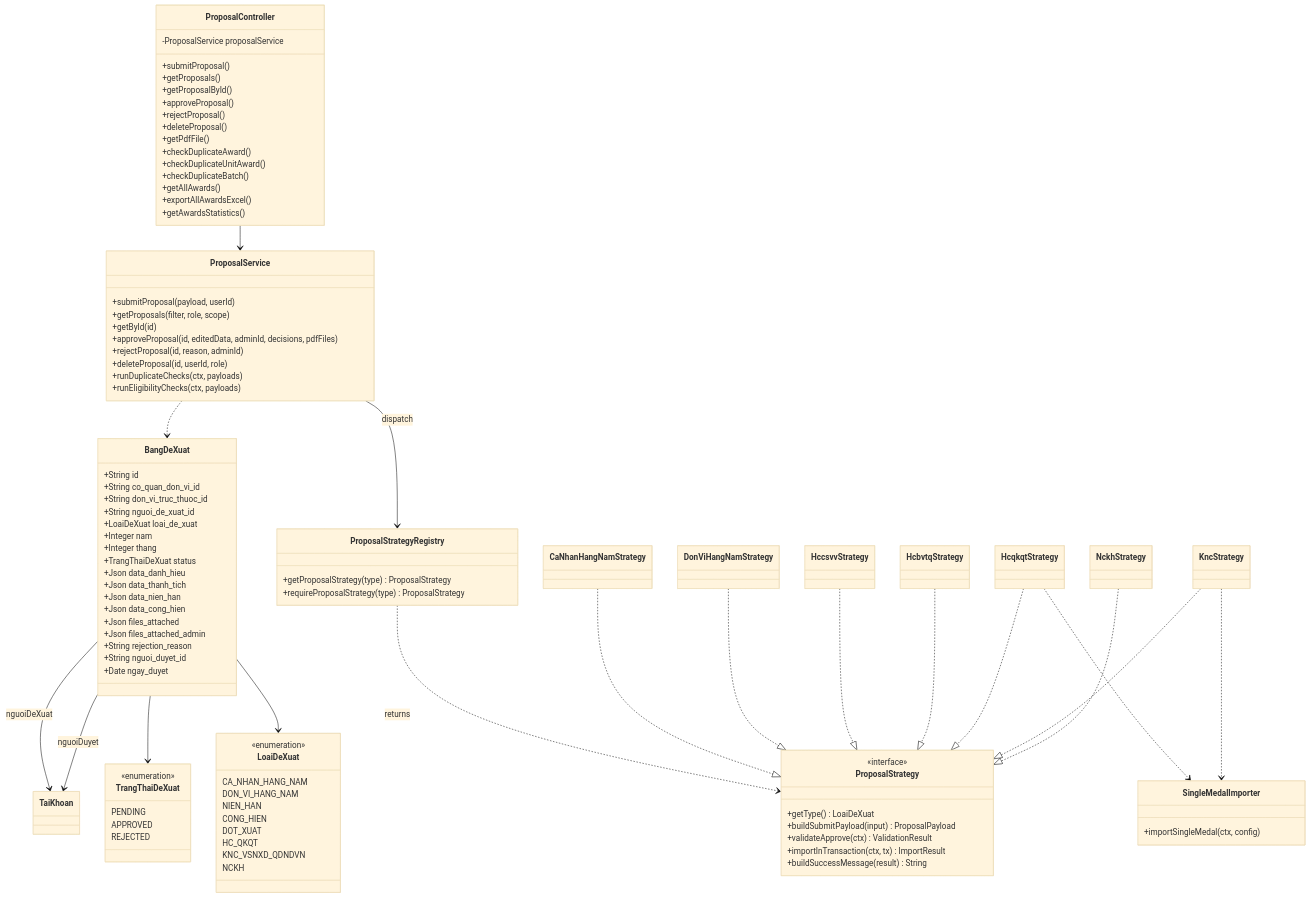
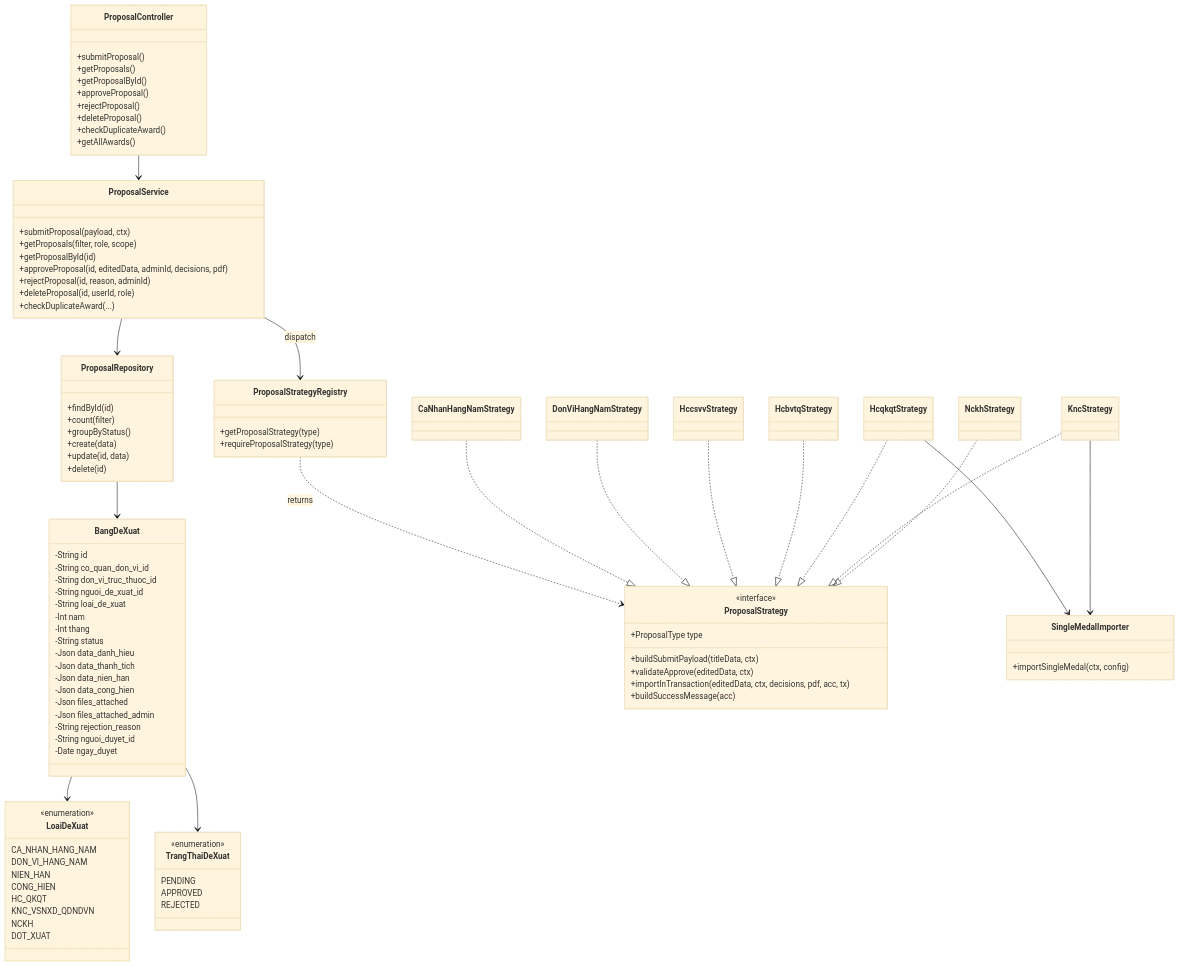
One commit to tranducbk/DATN_PM_QLKT changed the second of 3 diagrams in docs/diagrams/04-class.md. Above: the diagram before and after it, drawn with Mermaid (base theme). The commit also changed other lines of this file and 309 other files, not shown here.

````diff
--- a/docs/diagrams/04-class.md
+++ b/docs/diagrams/04-class.md
@@ -286,37 +250,35 @@
 ```mermaid
 classDiagram
     class BangDeXuat {
-        +String id
-        +String co_quan_don_vi_id
-        +String don_vi_truc_thuoc_id
-        +String nguoi_de_xuat_id
-        +LoaiDeXuat loai_de_xuat
-        +Integer nam
-        +Integer thang
-        +TrangThaiDeXuat status
-        +Json data_danh_hieu
-        +Json data_thanh_tich
-        +Json data_nien_han
-        +Json data_cong_hien
-        +Json files_attached
-        +Json files_attached_admin
-        +String rejection_reason
-        +String nguoi_duyet_id
-        +Date ngay_duyet
+        -String id
+        -String co_quan_don_vi_id
+        -String don_vi_truc_thuoc_id
+        -String nguoi_de_xuat_id
+        -String loai_de_xuat
+        -Int nam
+        -Int thang
+        -String status
+        -Json data_danh_hieu
+        -Json data_thanh_tich
+        -Json data_nien_han
+        -Json data_cong_hien
+        -Json files_attached
+        -Json files_attached_admin
+        -String rejection_reason
+        -String nguoi_duyet_id
+        -Date ngay_duyet
     }
-
     class LoaiDeXuat {
         <<enumeration>>
         CA_NHAN_HANG_NAM
         DON_VI_HANG_NAM
         NIEN_HAN
         CONG_HIEN
-        DOT_XUAT
         HC_QKQT
         KNC_VSNXD_QDNDVN
         NCKH
+        DOT_XUAT
     }
-
     class TrangThaiDeXuat {
         <<enumeration>>
         PENDING
@@ -325,47 +287,36 @@
     }
 
     class ProposalController {
-        -ProposalService proposalService
         +submitProposal()
         +getProposals()
         +getProposalById()
         +approveProposal()
         +rejectProposal()
         +deleteProposal()
-        +getPdfFile()
         +checkDuplicateAward()
-        +checkDuplicateUnitAward()
-        +checkDuplicateBatch()
         +getAllAwards()
-        +exportAllAwardsExcel()
-        +getAwardsStatistics()
     }
-
     class ProposalService {
-        +submitProposal(payload, userId)
+        +submitProposal(payload, ctx)
         +getProposals(filter, role, scope)
-        +getById(id)
-        +approveProposal(id, editedData, adminId, decisions, pdfFiles)
+        +getProposalById(id)
+        +approveProposal(id, editedData, adminId, decisions, pdf)
         +rejectProposal(id, reason, adminId)
         +deleteProposal(id, userId, role)
-        +runDuplicateChecks(ctx, payloads)
-        +runEligibilityChecks(ctx, payloads)
+        +checkDuplicateAward(...)
     }
-
     class ProposalStrategy {
         <<interface>>
-        +getType() LoaiDeXuat
-        +buildSubmitPayload(input) ProposalPayload
-        +validateApprove(ctx) ValidationResult
-        +importInTransaction(ctx, tx) ImportResult
-        +buildSuccessMessage(result) String
+        +ProposalType type
+        +buildSubmitPayload(titleData, ctx)
+        +validateApprove(editedData, ctx)
+        +importInTransaction(editedData, ctx, decisions, pdf, acc, tx)
+        +buildSuccessMessage(acc)
     }
-
     class ProposalStrategyRegistry {
-        +getProposalStrategy(type) ProposalStrategy
-        +requireProposalStrategy(type) ProposalStrategy
+        +getProposalStrategy(type)
+        +requireProposalStrategy(type)
     }
-
     class CaNhanHangNamStrategy
     class DonViHangNamStrategy
     class HccsvvStrategy
@@ -373,9 +324,16 @@
     class HcqkqtStrategy
     class KncStrategy
     class NckhStrategy
-
     class SingleMedalImporter {
         +importSingleMedal(ctx, config)
+    }
+    class ProposalRepository {
+        +findById(id)
+        +count(filter)
+        +groupByStatus()
+        +create(data)
+        +update(id, data)
+        +delete(id)
     }
 
     ProposalController --> ProposalService
@@ -388,13 +346,10 @@
     HcqkqtStrategy ..|> ProposalStrategy
     KncStrategy ..|> ProposalStrategy
     NckhStrategy ..|> ProposalStrategy
-
-    HcqkqtStrategy ..> SingleMedalImporter
-    KncStrategy ..> SingleMedalImporter
-
-    ProposalService ..> BangDeXuat
+    HcqkqtStrategy --> SingleMedalImporter
+    KncStrategy --> SingleMedalImporter
+    ProposalService --> ProposalRepository
+    ProposalRepository --> BangDeXuat
     BangDeXuat --> LoaiDeXuat
     BangDeXuat --> TrangThaiDeXuat
-    BangDeXuat --> TaiKhoan : nguoiDeXuat
-    BangDeXuat --> TaiKhoan : nguoiDuyet
 ```
````
